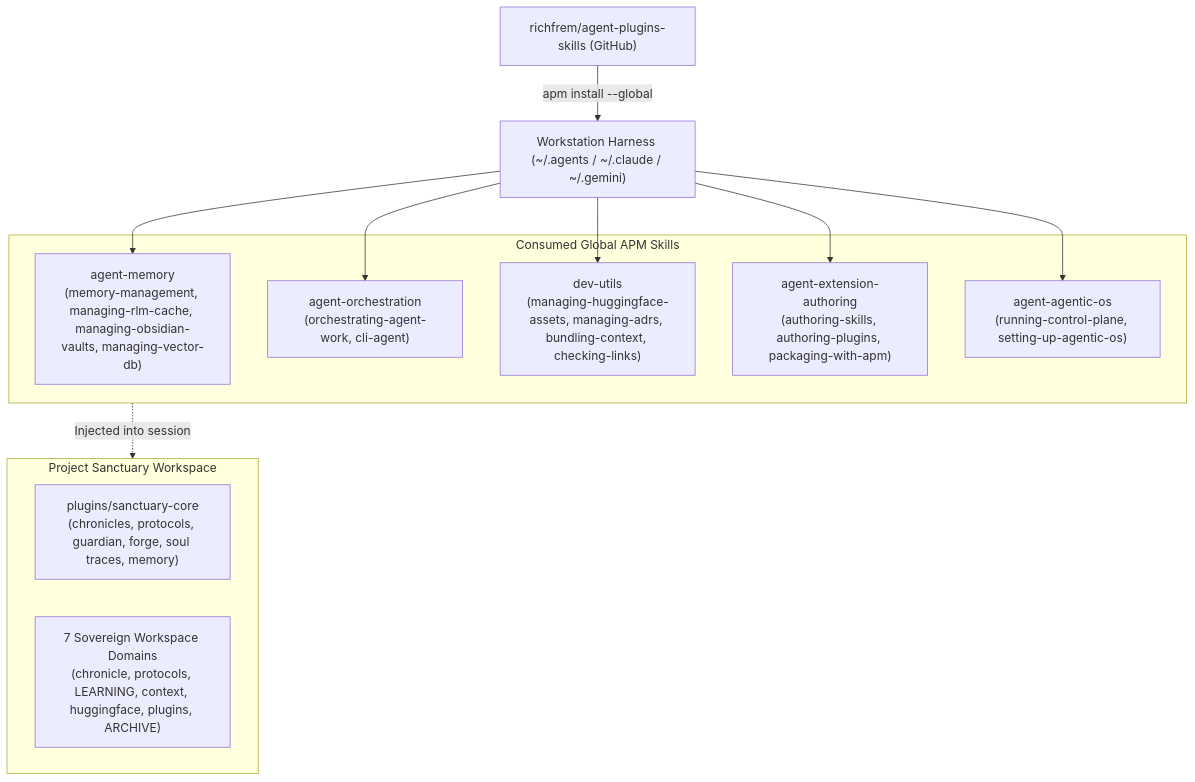
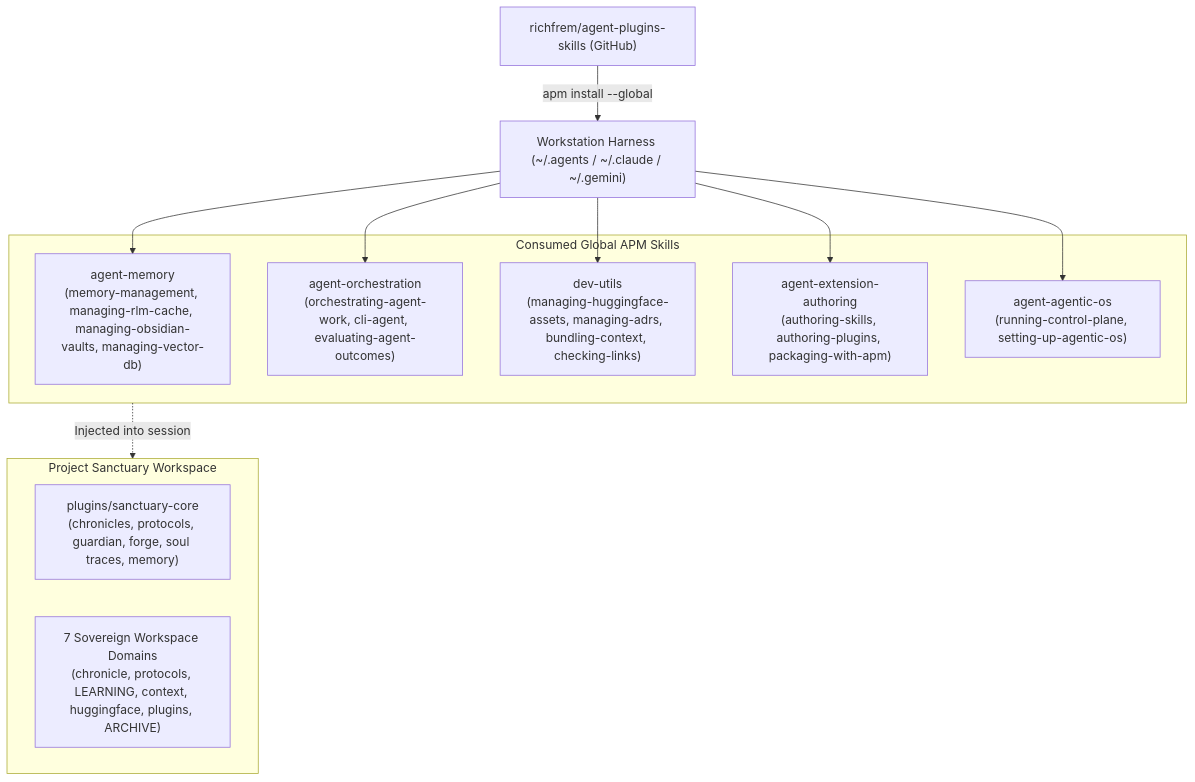
The first of 2 diagrams in architecture.md (richfrem/Project_Sanctuary), drawn with Mermaid before and after one commit. The commit also changed other lines of this file and 23 other files, not shown here.

````diff
--- a/architecture.md
+++ b/architecture.md
@@ -25,25 +25,25 @@
 ```mermaid
 graph TD
     Upstream["richfrem/agent-plugins-skills (GitHub)"] -->|apm install --global| Workstation["Workstation Harness (~/.agents / ~/.claude / ~/.gemini)"]
     
     subgraph GlobalSkills["Consumed Global APM Skills"]
         AM["agent-memory<br/>(memory-management, managing-rlm-cache, managing-obsidian-vaults, managing-vector-db)"]
-        AO["agent-orchestration<br/>(orchestrating-agent-work, cli-agent)"]
+        AO["agent-orchestration<br/>(orchestrating-agent-work, cli-agent, evaluating-agent-outcomes)"]
         DU["dev-utils<br/>(managing-huggingface-assets, managing-adrs, bundling-context, checking-links)"]
         AEA["agent-extension-authoring<br/>(authoring-skills, authoring-plugins, packaging-with-apm)"]
         AOS["agent-agentic-os<br/>(running-control-plane, setting-up-agentic-os)"]
     end
     
     Workstation --> AM
     Workstation --> AO
     Workstation --> DU
     Workstation --> AEA
     Workstation --> AOS
 
     subgraph Sanctuary["Project Sanctuary Workspace"]
         Core["plugins/sanctuary-core<br/>(chronicles, protocols, guardian, forge, soul traces, memory)"]
         Domains["7 Sovereign Workspace Domains<br/>(chronicle, protocols, LEARNING, context, huggingface, plugins, ARCHIVE)"]
     end
 
     GlobalSkills -.->|Injected into session| Sanctuary
 ```
````
